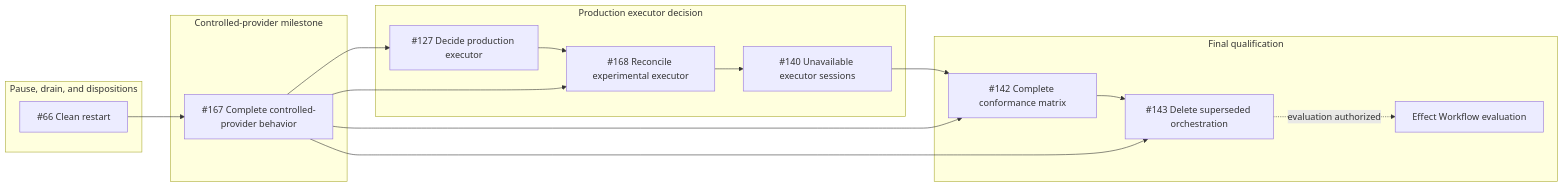
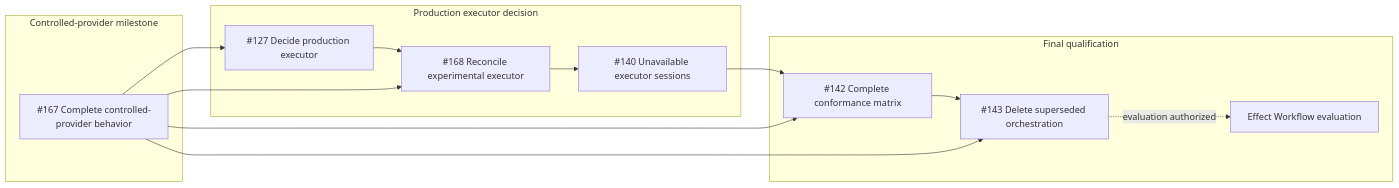
The diagram in research/effect-workflow-prerequisite-subgraph.md (dearlordylord/dalph), drawn with Mermaid before and after one commit. The commit also changed other lines of this file, not shown here.

Commit message:
docs: advance workflow prerequisite graph past restart

````diff
--- a/research/effect-workflow-prerequisite-subgraph.md
+++ b/research/effect-workflow-prerequisite-subgraph.md
@@ -1,34 +1,29 @@
 ```mermaid
 flowchart LR
-  subgraph controls["Pause, drain, and dispositions"]
-    i66["#66 Clean restart"]
-  end
-
   subgraph milestone["Controlled-provider milestone"]
     i167["#167 Complete controlled-provider behavior"]
   end
 
   subgraph production["Production executor decision"]
     i127["#127 Decide production executor"]
     i168["#168 Reconcile experimental executor"]
     i140["#140 Unavailable executor sessions"]
   end
 
   subgraph final["Final qualification"]
     i142["#142 Complete conformance matrix"]
     i143["#143 Delete superseded orchestration"]
     effectWorkflow["Effect Workflow evaluation"]
   end
 
-  i66 --> i167
   i167 --> i127
   i127 --> i168
   i167 --> i168
   i168 --> i140
 
   i140 --> i142
   i167 --> i142
   i142 --> i143
   i167 --> i143
   i143 -. evaluation authorized .-> effectWorkflow
 ```
````
